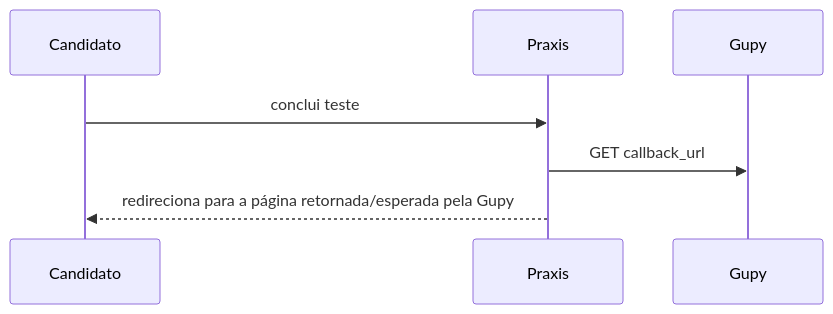
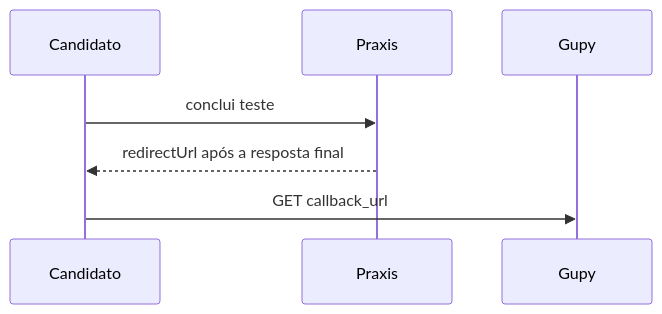
Before and after one commit to diogo2806/praxis: the second of 2 diagrams in docs/INTEGRACAO-GUPY-PROVEDOR.md, drawn with Mermaid. The commit also changed other lines of this file and 19 other files, not shown here.

First line of the commit message:
feat: implementar callback, vaga e retorno final da Gupy

````diff
--- a/docs/INTEGRACAO-GUPY-PROVEDOR.md
+++ b/docs/INTEGRACAO-GUPY-PROVEDOR.md
@@ -242,10 +242,10 @@
 ```mermaid
 sequenceDiagram
   participant Candidato
   participant Praxis
   participant Gupy
 
   Candidato->>Praxis: conclui teste
-  Praxis->>Gupy: GET callback_url
-  Praxis-->>Candidato: redireciona para a página retornada/esperada pela Gupy
+  Praxis-->>Candidato: redirectUrl após a resposta final
+  Candidato->>Gupy: GET callback_url
 ```
````
